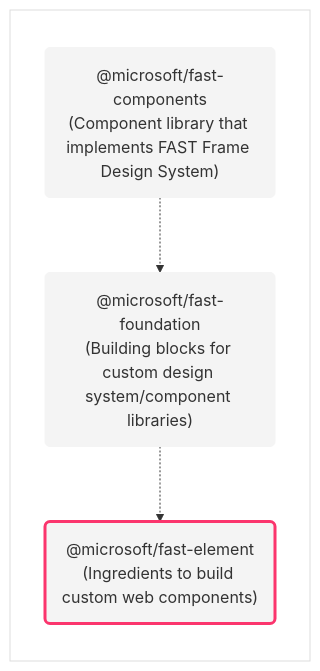
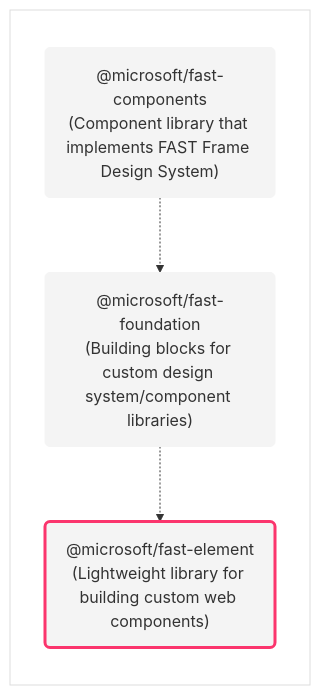
Before and after one commit to microsoft/fast: the third of 3 diagrams in sites/website/src/docs/introduction.md, drawn with Mermaid. The commit also changed other lines of this file, not shown here.

Commit message:
minor updates to intro page text and diagrams

````diff
--- a/sites/website/src/docs/introduction.md
+++ b/sites/website/src/docs/introduction.md
@@ -71,15 +69,15 @@
 ```mermaid
 flowchart
   subgraph FAST [ ]
     direction TB
     FastComponents("@microsoft/fast-components\n(Component library that implements FAST Frame Design System)")
     FastFoundation("@microsoft/fast-foundation\n(Building blocks for custom design system/component libraries)")
-    FastElement("@microsoft/fast-element\n(Ingredients to build custom web components)")
+    FastElement("@microsoft/fast-element\n(Lightweight library for building custom web components)")
     FastComponents -.-> FastFoundation -.-> FastElement 
   end
 
   style FAST fill:transparent,stroke:#ddd
   style FastComponents fill:#f4f4f4,stroke:#f4f4f4,color:#333
   style FastFoundation fill:#f4f4f4,stroke:#f4f4f4,color:#333
   style FastElement fill:#f4f4f4,stroke:#fb356d,stroke-width:3px,color:#333
 ```
````
